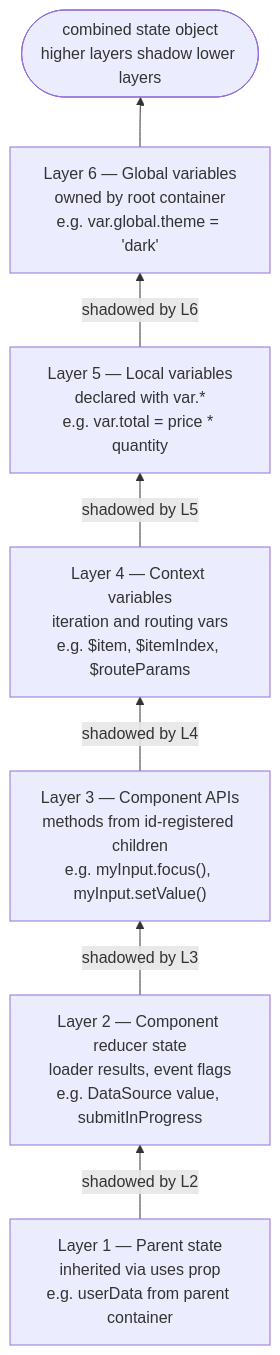
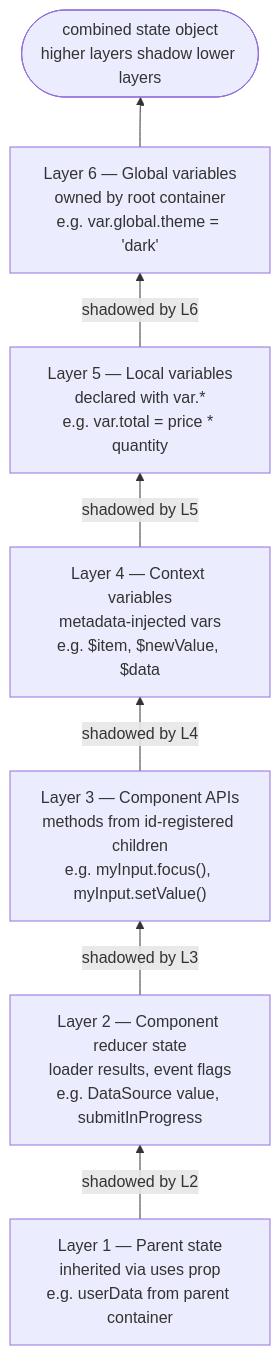
Before and after one commit to xmlui-org/xmlui: the fourth of 5 diagrams in xmlui/dev-docs/guide/01-mental-model.md, drawn with Mermaid. The commit also changed other lines of this file and 42 other files, not shown here.

````diff
--- a/xmlui/dev-docs/guide/01-mental-model.md
+++ b/xmlui/dev-docs/guide/01-mental-model.md
@@ -207,17 +207,17 @@
 ```mermaid
 graph BT
   L1["Layer 1 — Parent state<br>inherited via uses prop<br>e.g. userData from parent container"]
   L2["Layer 2 — Component reducer state<br>loader results, event flags<br>e.g. DataSource value, submitInProgress"]
   L3["Layer 3 — Component APIs<br>methods from id-registered children<br>e.g. myInput.focus(), myInput.setValue()"]
-  L4["Layer 4 — Context variables<br>iteration and routing vars<br>e.g. $item, $itemIndex, $routeParams"]
+  L4["Layer 4 — Context variables<br>metadata-injected vars<br>e.g. $item, $newValue, $data"]
   L5["Layer 5 — Local variables<br>declared with var.*<br>e.g. var.total = price * quantity"]
   L6["Layer 6 — Global variables<br>owned by root container<br>e.g. var.global.theme = 'dark'"]
   Combined(["combined state object<br>higher layers shadow lower layers"])
 
   L1 -->|"shadowed by L2"| L2
   L2 -->|"shadowed by L3"| L3
   L3 -->|"shadowed by L4"| L4
   L4 -->|"shadowed by L5"| L5
   L5 -->|"shadowed by L6"| L6
   L6 --> Combined
 ```
````
